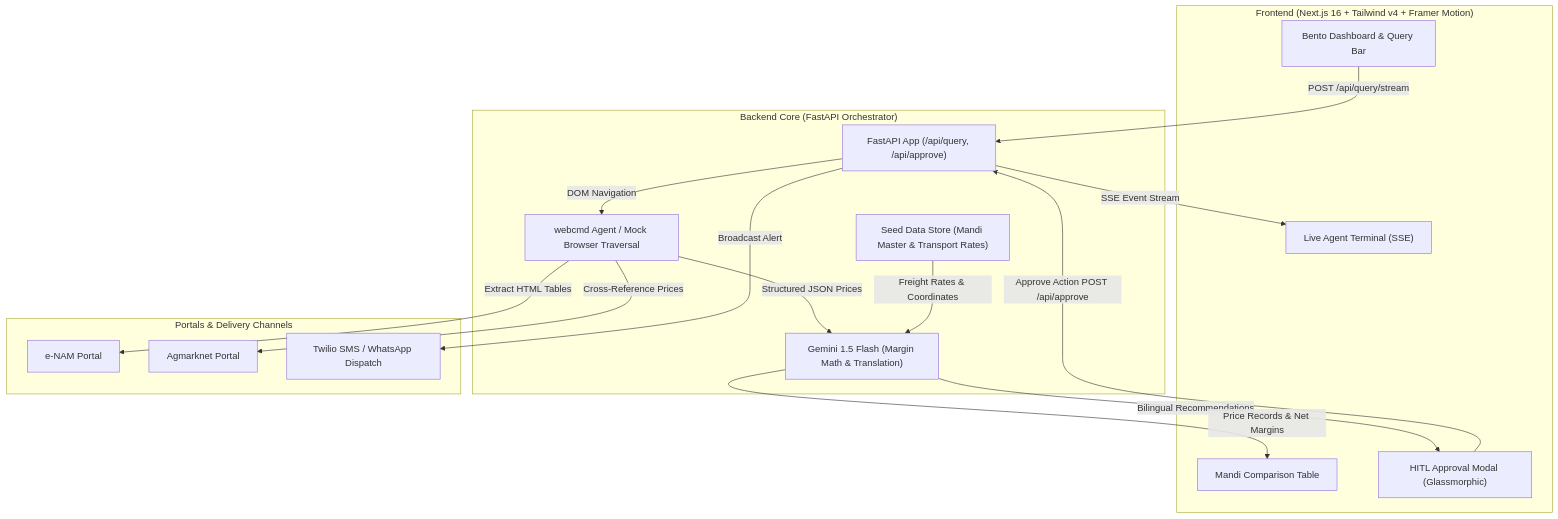
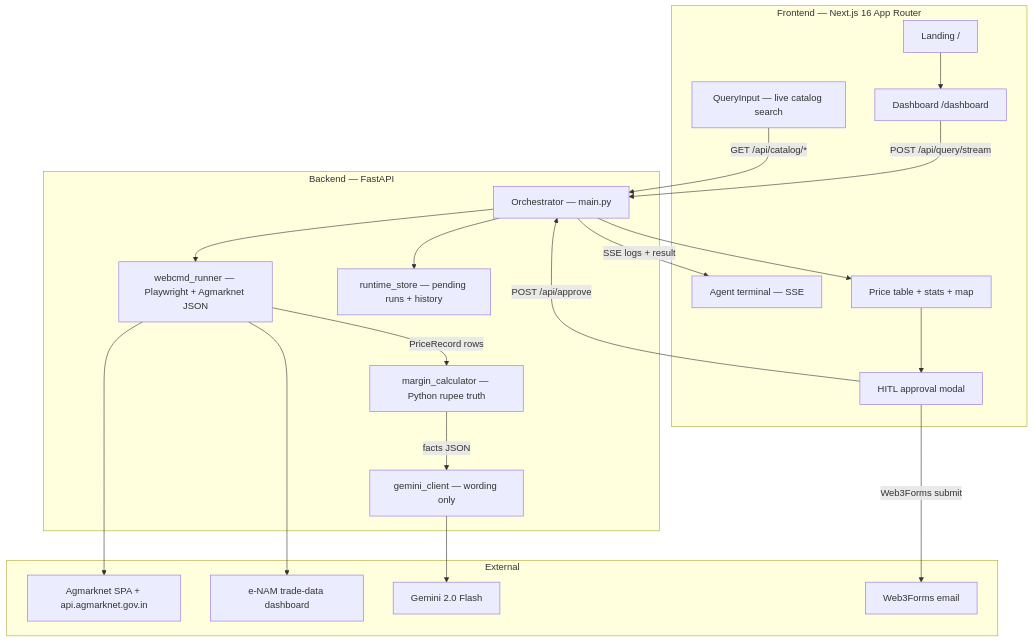
The first of 2 diagrams in README.md (Sayim07/MundiPulse_AI), drawn with Mermaid before and after one commit. The commit also changed other lines of this file and 10 other files, not shown here.

Commit message:
refactor: rename MandiPulse to KrishiDrishti across the codebase, updating UI elements, backend logs, and documentation to reflect the new branding. Enhance README with clearer problem statement and system capabilities.

````diff
--- a/README.md
+++ b/README.md
@@ -61,34 +65,42 @@
 ```mermaid
 flowchart TD
-    subgraph Client ["Frontend (Next.js 16 + Tailwind v4 + Framer Motion)"]
-        UI["Bento Dashboard & Query Bar"]
-        AT["Live Agent Terminal (SSE)"]
-        PT["Mandi Comparison Table"]
-        MODAL["HITL Approval Modal (Glassmorphic)"]
+    subgraph Client ["Frontend — Next.js 16 App Router"]
+        LAND["Landing /"]
+        DASH["Dashboard /dashboard"]
+        CAT["QueryInput — live catalog search"]
+        AT["Agent terminal — SSE"]
+        PT["Price table + stats + map"]
+        MODAL["HITL approval modal"]
     end
 
-    subgraph Backend ["Backend Core (FastAPI Orchestrator)"]
-        API["FastAPI App (/api/query, /api/approve)"]
-        AGENT["webcmd Agent / Mock Browser Traversal"]
-        LLM["Gemini 1.5 Flash (Margin Math & Translation)"]
-        DATA["Seed Data Store (Mandi Master & Transport Rates)"]
+    subgraph Backend ["Backend — FastAPI"]
+        API["Orchestrator — main.py"]
+        RUN["webcmd_runner — Playwright + Agmarknet JSON"]
+        MARGIN["margin_calculator — Python rupee truth"]
+        LLM["gemini_client — wording only"]
+        STORE["runtime_store — pending runs + history"]
     end
 
-    subgraph External ["Portals & Delivery Channels"]
-        ENAM["e-NAM Portal"]
-        AGMARK["Agmarknet Portal"]
-        TWILIO["Twilio SMS / WhatsApp Dispatch"]
+    subgraph External ["External"]
+        AGM["Agmarknet SPA + api.agmarknet.gov.in"]
+        ENAM["e-NAM trade-data dashboard"]
+        GEM["Gemini 2.0 Flash"]
+        W3["Web3Forms email"]
     end
 
-    UI -->|POST /api/query/stream| API
-    API -->|DOM Navigation| AGENT
-    AGENT -->|Extract HTML Tables| ENAM
-    AGENT -->|Cross-Reference Prices| AGMARK
-    AGENT -->|Structured JSON Prices| LLM
-    DATA -->|Freight Rates & Coordinates| LLM
-    API -->|SSE Event Stream| AT
-    LLM -->|Bilingual Recommendations| MODAL
-    LLM -->|Price Records & Net Margins| PT
-    MODAL -->|Approve Action POST /api/approve| API
-    API -->|Broadcast Alert| TWILIO
+    LAND --> DASH
+    CAT -->|GET /api/catalog/*| API
+    DASH -->|POST /api/query/stream| API
+    API --> RUN
+    RUN --> AGM
+    RUN --> ENAM
+    RUN -->|PriceRecord rows| MARGIN
+    MARGIN -->|facts JSON| LLM
+    LLM --> GEM
+    API -->|SSE logs + result| AT
+    API --> PT
+    API --> STORE
+    PT --> MODAL
+    MODAL -->|Web3Forms submit| W3
+    MODAL -->|POST /api/approve| API
 ```
````
